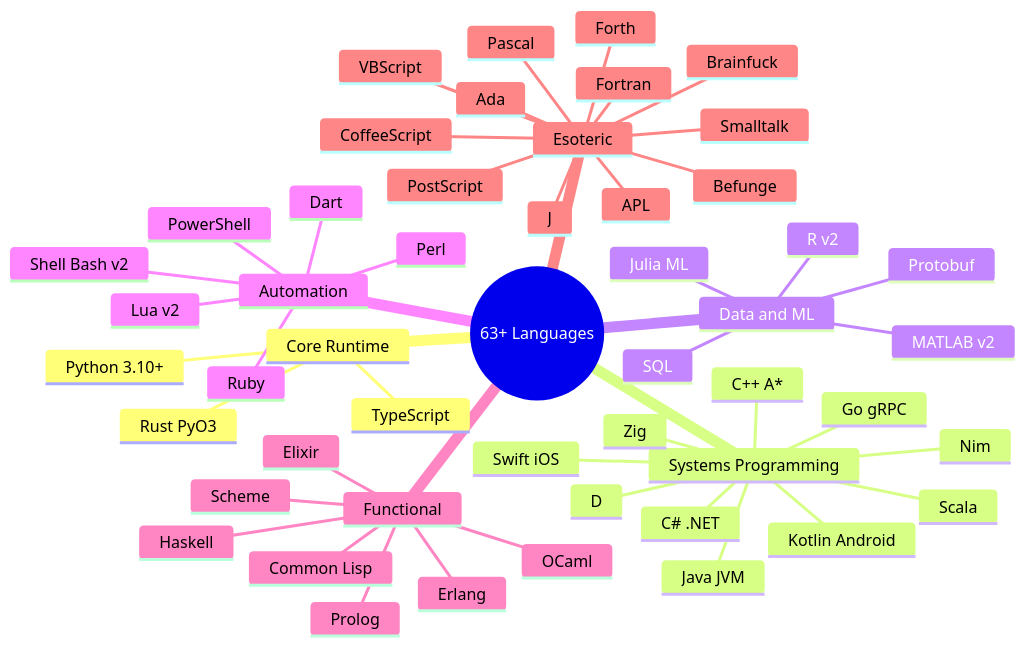
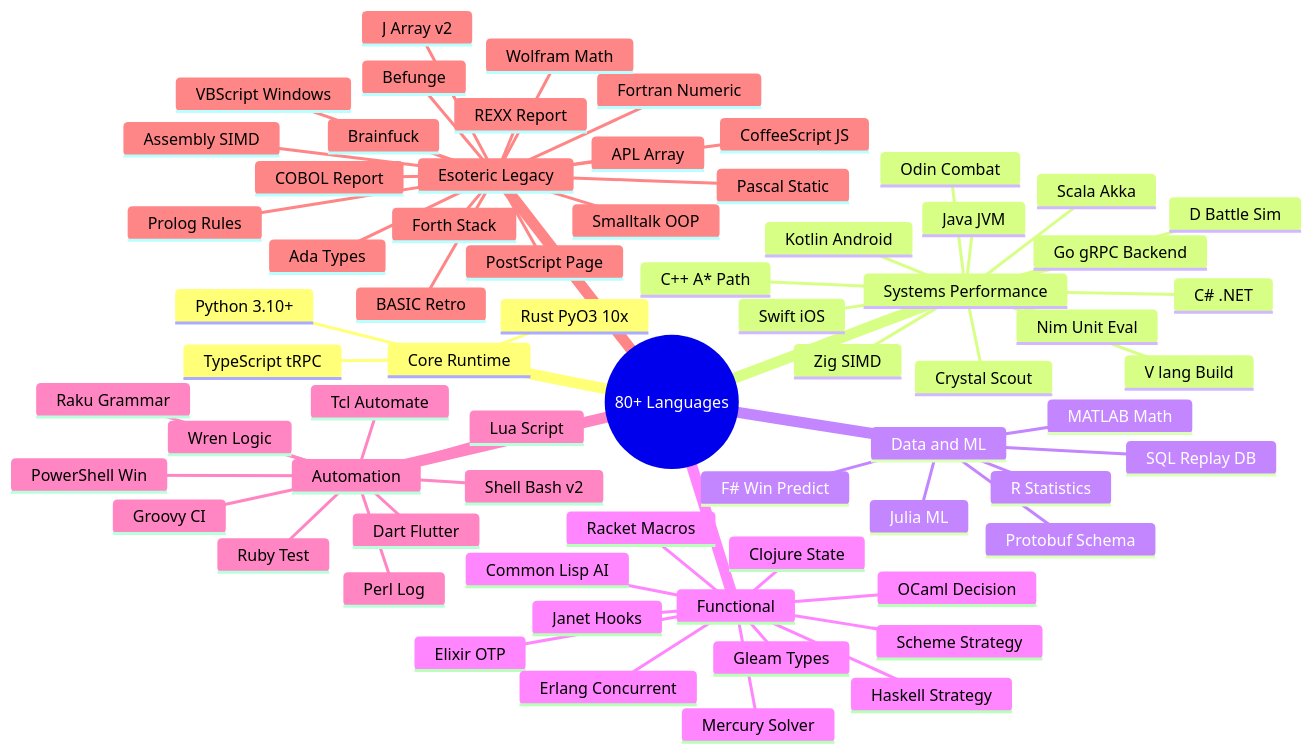
One commit to sun475300-sudo/Swarm-control-in-sc2bot changed the eighth of 26 diagrams in README.md. Above: the diagram before and after it, drawn with Mermaid. The commit also changed other lines of this file, not shown here.

````diff
--- a/README.md
+++ b/README.md
@@ -477,53 +449,71 @@
 ```mermaid
 mindmap
-    root((63+ Languages))
+    root((80+ Languages))
         Core Runtime
             Python 3.10+
-            Rust PyO3
-            TypeScript
-        Systems Programming
-            C++ A*
-            Go gRPC
+            Rust PyO3 10x
+            TypeScript tRPC
+        Systems Performance
+            C++ A* Path
+            Go gRPC Backend
             Java JVM
             Kotlin Android
             Swift iOS
             C# .NET
-            Scala
-            Zig
-            Nim
-            D
+            Scala Akka
+            Zig SIMD
+            Nim Unit Eval
+            D Battle Sim
+            Crystal Scout
+            V lang Build
+            Odin Combat
         Data and ML
-            R v2
+            R Statistics
             Julia ML
-            MATLAB v2
-            SQL
-            Protobuf
+            MATLAB Math
+            F# Win Predict
+            SQL Replay DB
+            Protobuf Schema
+        Functional
+            Haskell Strategy
+            Elixir OTP
+            OCaml Decision
+            Erlang Concurrent
+            Scheme Strategy
+            Common Lisp AI
+            Clojure State
+            Janet Hooks
+            Racket Macros
+            Mercury Solver
+            Gleam Types
         Automation
             Shell Bash v2
-            PowerShell
-            Perl
-            Ruby
-            Lua v2
-            Dart
-        Functional
-            Haskell
-            Elixir
-            Scheme
-            Common Lisp
-            Prolog
-            OCaml
-            Erlang
-        Esoteric
-            APL
-            J
-            Forth
-            PostScript
+            PowerShell Win
+            Perl Log
+            Ruby Test
+            Lua Script
+            Raku Grammar
+            Dart Flutter
+            Groovy CI
+            Tcl Automate
+            Wren Logic
+        Esoteric Legacy
+            APL Array
+            J Array v2
+            Forth Stack
+            PostScript Page
             Brainfuck
             Befunge
-            Smalltalk
-            CoffeeScript
-            VBScript
-            Ada
-            Fortran
-            Pascal
+            Smalltalk OOP
+            CoffeeScript JS
+            VBScript Windows
+            COBOL Report
+            BASIC Retro
+            REXX Report
+            Ada Types
+            Fortran Numeric
+            Pascal Static
+            Assembly SIMD
+            Prolog Rules
+            Wolfram Math
 ```
````
